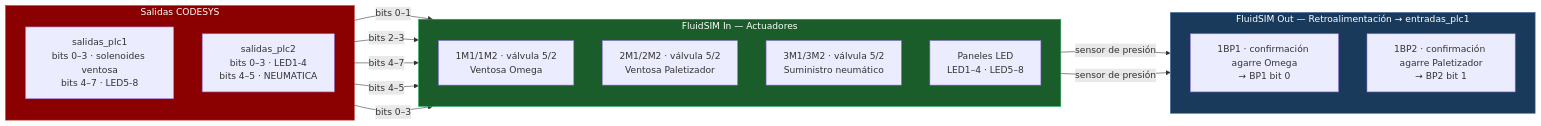
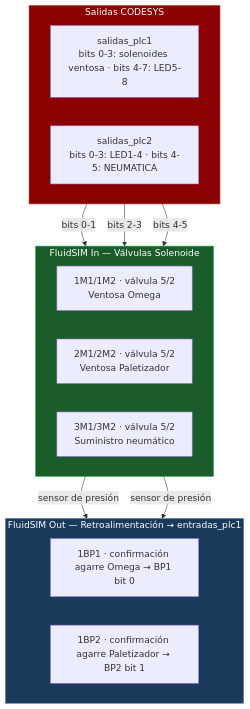
Diagram 11 of 16 in README.md (jorgefajardom-coder/drone-packaging-simulation-unity), drawn with Mermaid before and after one commit. The commit also changed other lines of this file, not shown here.

First line of the commit message:
docs: fix Mermaid diagram line crossings

````diff
--- a/README.md
+++ b/README.md
@@ -1929,34 +1930,31 @@
 ```mermaid
-graph LR
+graph TD
     subgraph CMD["Salidas CODESYS"]
-        direction TB
-        PLC1["salidas_plc1\nbits 0–3 · solenoides ventosa\nbits 4–7 · LED5-8"]
-        PLC2["salidas_plc2\nbits 0–3 · LED1-4\nbits 4–5 · NEUMATICA"]
+        direction LR
+        PLC1["salidas_plc1\nbits 0-3: solenoides ventosa · bits 4-7: LED5-8"]
+        PLC2["salidas_plc2\nbits 0-3: LED1-4 · bits 4-5: NEUMATICA"]
     end
 
-    subgraph ACT["FluidSIM In — Actuadores"]
-        direction TB
+    subgraph ACT["FluidSIM In — Válvulas Solenoide"]
+        direction LR
         V1["1M1/1M2 · válvula 5/2\nVentosa Omega"]
         V2["2M1/2M2 · válvula 5/2\nVentosa Paletizador"]
         V3["3M1/3M2 · válvula 5/2\nSuministro neumático"]
-        LC["Paneles LED\nLED1–4 · LED5–8"]
     end
 
     subgraph SENS["FluidSIM Out — Retroalimentación → entradas_plc1"]
-        direction TB
-        S1["1BP1 · confirmación agarre Omega\n→ BP1 bit 0"]
-        S2["1BP2 · confirmación agarre Paletizador\n→ BP2 bit 1"]
+        direction LR
+        S1["1BP1 · confirmación agarre Omega → BP1 bit 0"]
+        S2["1BP2 · confirmación agarre Paletizador → BP2 bit 1"]
     end
 
-    PLC1 -->|"bits 0–1"| V1
-    PLC1 -->|"bits 2–3"| V2
-    PLC1 -->|"bits 4–7"| LC
-    PLC2 -->|"bits 4–5"| V3
-    PLC2 -->|"bits 0–3"| LC
+    PLC1 -->|"bits 0-1"| V1
+    PLC1 -->|"bits 2-3"| V2
+    PLC2 -->|"bits 4-5"| V3
     V1 -->|"sensor de presión"| S1
     V2 -->|"sensor de presión"| S2
 
     style CMD  fill:#8b0000,color:#fff,stroke:#c0392b
     style ACT  fill:#1a5c2a,color:#fff,stroke:#27ae60
     style SENS fill:#1a3a5c,color:#fff,stroke:#4a6fa5
 ```
````
